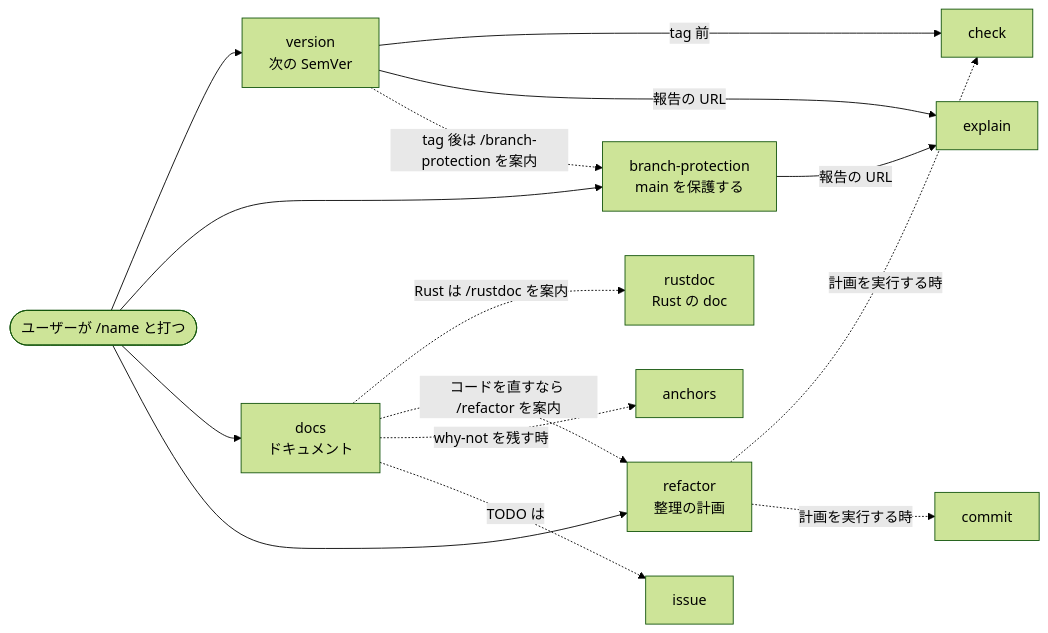
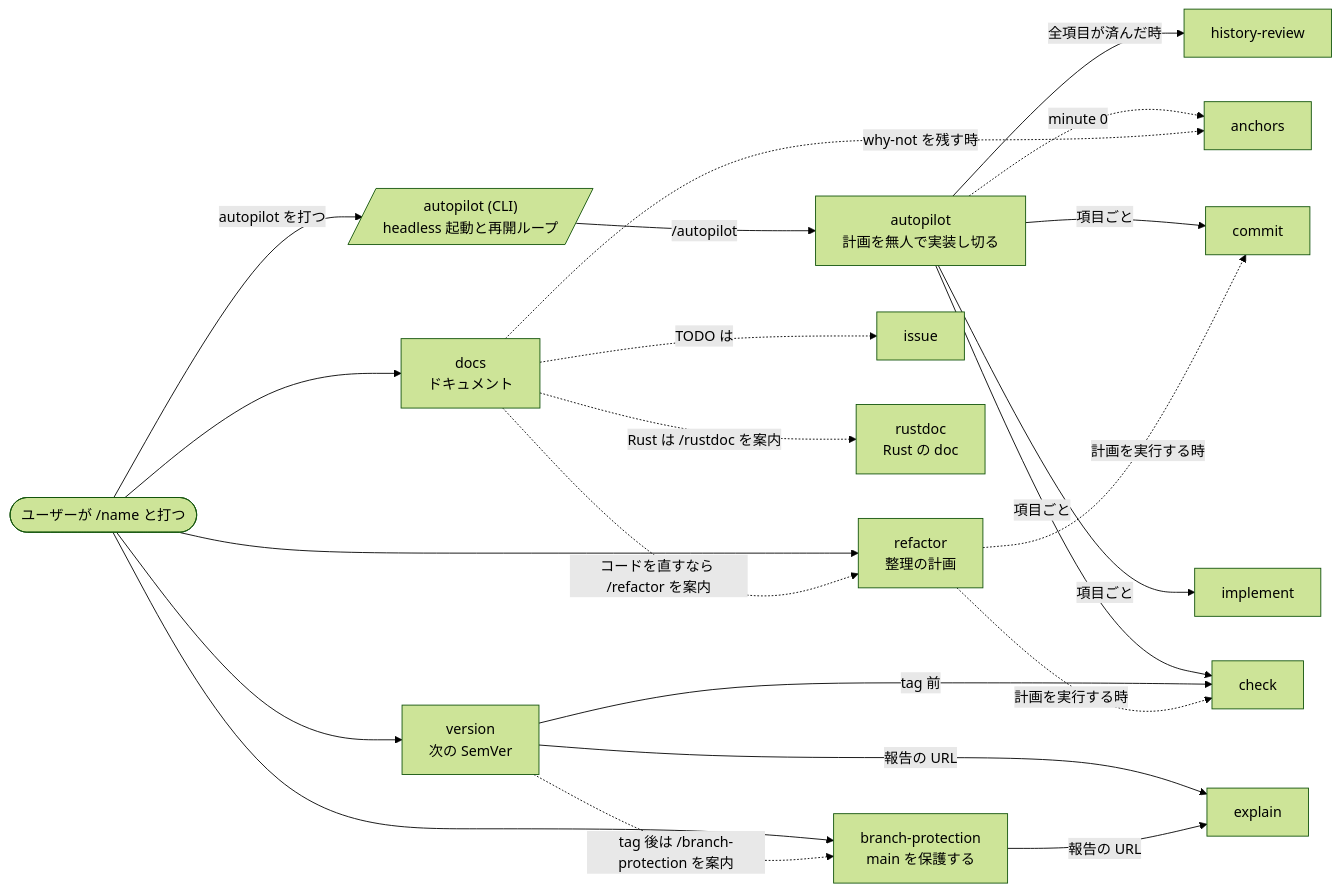
Before and after one commit to Xantibody/dotfiles: the second of 3 diagrams in configs/agents/README.md, drawn with Mermaid (forest theme). The commit also changed other lines of this file and 1 other file, not shown here.

Commit message:
feat(agents): add the autopilot skill and its place on the map
The skill is the operating manual the unattended session reads first:
minute 0 (conditions, plan, anchors, branch), the per-item loop through
implement / check / commit, what to do with ambiguity and blockers
without asking, the two audits, and the finishing steps that end in the
DONE marker. It is hidden with disable-model-invocation because an
ordinary session must not find "never stop to ask" in its skill list;
only the launcher's `/autopilot <plan>` prompt loads it.

README gains the node and its edges in the 打って使う diagram, plus a
paragraph on why the entry point is a command rather than a slash
command typed by the user.

````diff
--- a/configs/agents/README.md
+++ b/configs/agents/README.md
@@ -64,26 +64,37 @@
 ```mermaid
 flowchart LR
   user(["ユーザーが /name と打つ"])
   version["version<br/>次の SemVer"]
   bp["branch-protection<br/>main を保護する"]
   docs["docs<br/>ドキュメント"]
   refactor["refactor<br/>整理の計画"]
   check["check"]
   commit["commit"]
   explain["explain"]
   anchors["anchors"]
   issue["issue"]
   rustdoc["rustdoc<br/>Rust の doc"]
+  autopilot["autopilot<br/>計画を無人で実装し切る"]
+  implement["implement"]
+  hr["history-review"]
+  ap[/"autopilot (CLI)<br/>headless 起動と再開ループ"/]
 
   user --> version & bp & docs & refactor
+  user -->|"autopilot <plan> を打つ"| ap
+  ap -->|"/autopilot <plan>"| autopilot
+  autopilot -->|"項目ごと"| implement
+  autopilot -->|"項目ごと"| check
+  autopilot -->|"項目ごと"| commit
+  autopilot -->|"全項目が済んだ時"| hr
+  autopilot -.->|"minute 0"| anchors
   version -->|"tag 前"| check
   version -->|"報告の URL"| explain
   version -.->|"tag 後は /branch-protection を案内"| bp
   bp -->|"報告の URL"| explain
   docs -.->|"Rust は /rustdoc を案内"| rustdoc
   docs -.->|"コードを直すなら /refactor を案内"| refactor
   docs -.->|"why-not を残す時"| anchors
   docs -.->|"TODO は"| issue
   refactor -.->|"計画を実行する時"| check
   refactor -.->|"計画を実行する時"| commit
 ```
````
